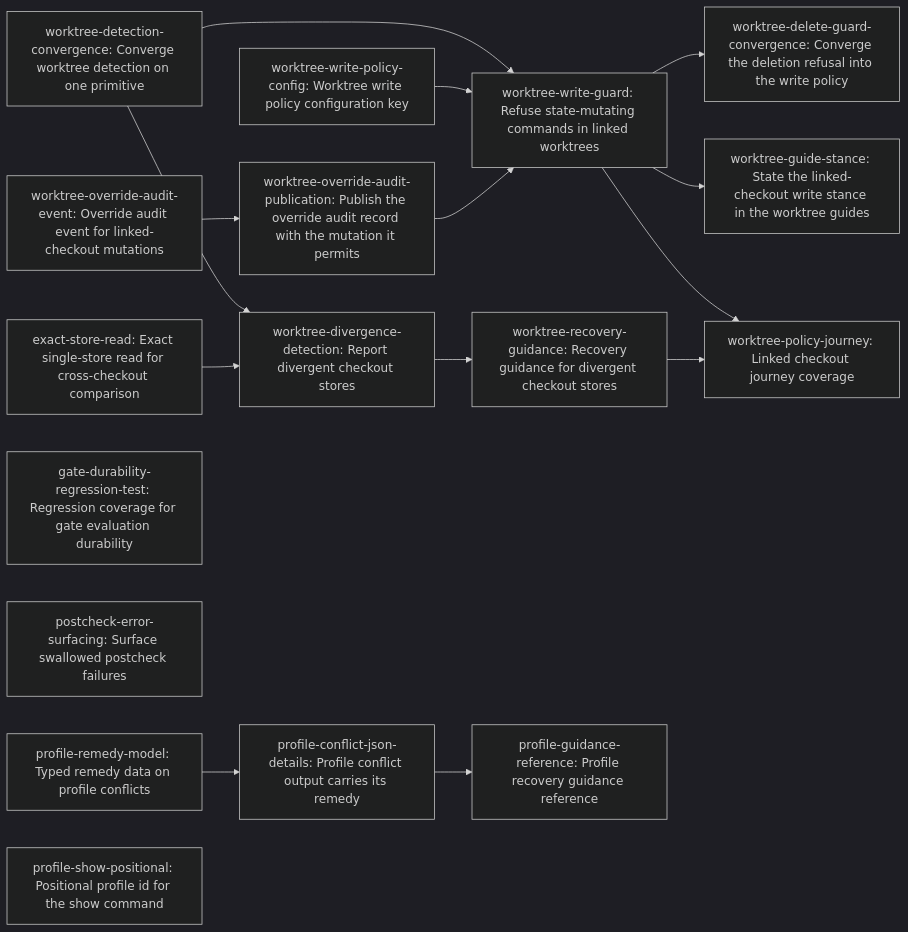
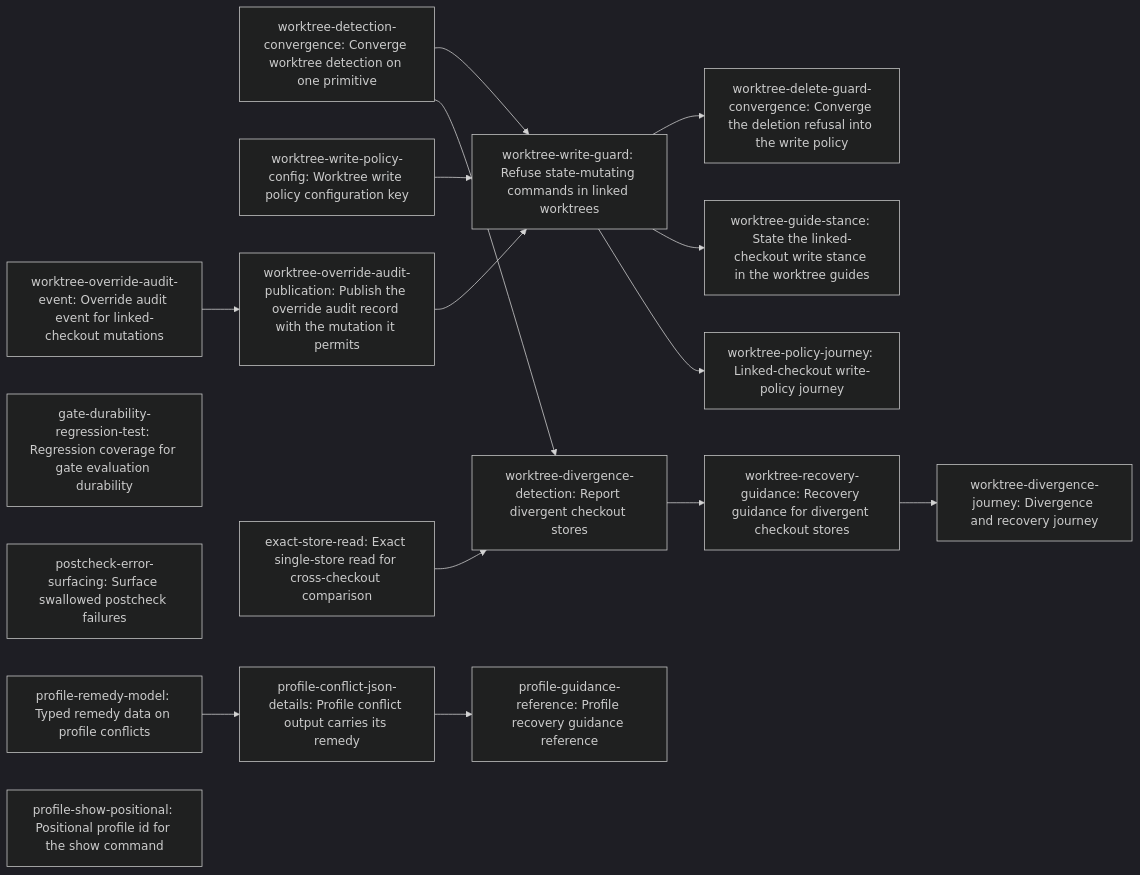
The diagram in dev/active/4a559332-gf2-adopter-reliability/plan.md (erankavija/just-in-time), drawn with Mermaid (dark theme) before and after one commit. The commit also changed other lines of this file and 1 other file, not shown here.

Commit message:
docs(jit:629c3d73): split journeys, own full override-audit carrier

````diff
--- a/dev/active/4a559332-gf2-adopter-reliability/plan.md
+++ b/dev/active/4a559332-gf2-adopter-reliability/plan.md
@@ -116,33 +117,34 @@
 ```mermaid
 flowchart LR
     N0["worktree-detection-convergence: Converge worktree detection on one primitive"]
     N1["worktree-write-policy-config: Worktree write policy configuration key"]
     N2["worktree-override-audit-event: Override audit event for linked-checkout mutations"]
     N3["worktree-override-audit-publication: Publish the override audit record with the mutation it permits"]
     N4["worktree-write-guard: Refuse state-mutating commands in linked worktrees"]
     N5["exact-store-read: Exact single-store read for cross-checkout comparison"]
     N6["worktree-divergence-detection: Report divergent checkout stores"]
     N7["worktree-delete-guard-convergence: Converge the deletion refusal into the write policy"]
     N8["worktree-guide-stance: State the linked-checkout write stance in the worktree guides"]
     N9["worktree-recovery-guidance: Recovery guidance for divergent checkout stores"]
     N10["gate-durability-regression-test: Regression coverage for gate evaluation durability"]
     N11["postcheck-error-surfacing: Surface swallowed postcheck failures"]
     N12["profile-remedy-model: Typed remedy data on profile conflicts"]
     N13["profile-conflict-json-details: Profile conflict output carries its remedy"]
     N14["profile-guidance-reference: Profile recovery guidance reference"]
     N15["profile-show-positional: Positional profile id for the show command"]
-    N16["worktree-policy-journey: Linked checkout journey coverage"]
+    N16["worktree-policy-journey: Linked-checkout write-policy journey"]
+    N17["worktree-divergence-journey: Divergence and recovery journey"]
     N2 --> N3
     N0 --> N4
     N1 --> N4
     N3 --> N4
     N0 --> N6
     N5 --> N6
     N4 --> N7
     N4 --> N8
     N6 --> N9
     N12 --> N13
     N13 --> N14
     N4 --> N16
-    N9 --> N16
+    N9 --> N17
 ```
````
